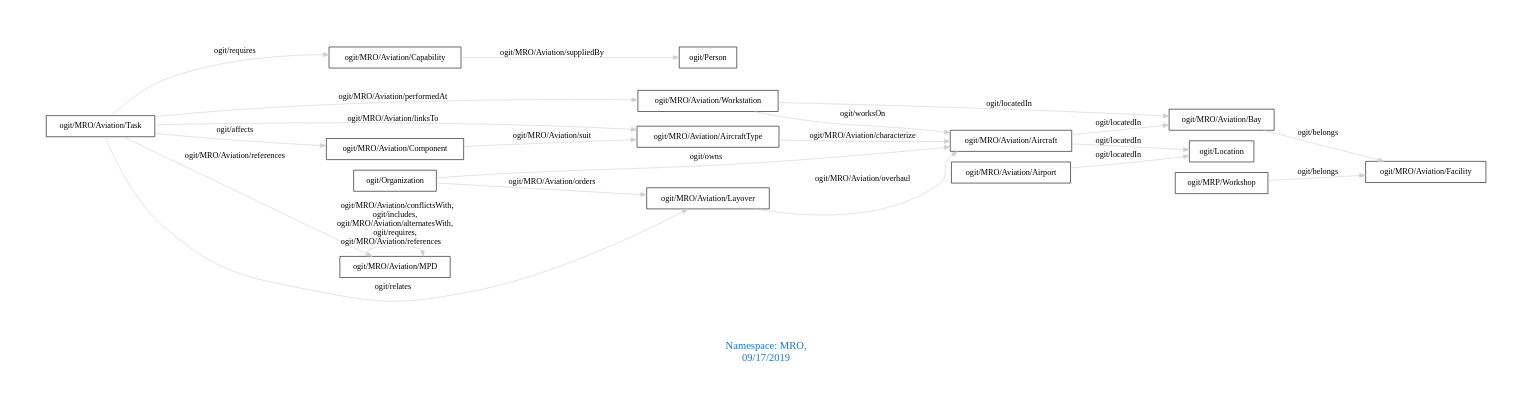
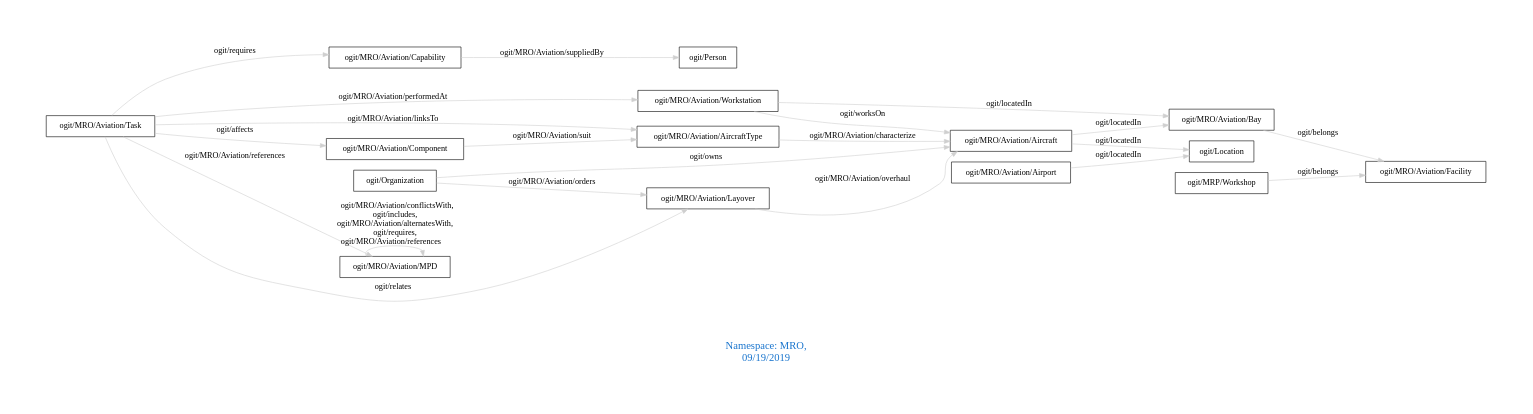
One commit to arago/OGIT changed the diagram in downloads/MRO.dot. Above: the diagram before and after it, drawn with Graphviz. The commit also changed 1527 other files, not shown here.

```diff
--- a/downloads/MRO.dot
+++ b/downloads/MRO.dot
@@ -1,28 +1,28 @@
 digraph OGIT_ontology {
  graph [ rankdir= LR,pad=1 
 fontsize = 18,
-fontcolor= dodgerblue3,label = "\n\n\nNamespace: MRO, \n 09/17/2019"];
+fontcolor= dodgerblue3,label = "\n\n\nNamespace: MRO, \n 09/19/2019"];
 node[shape=polygon];
 edge [  color="gray81"];
 
    "ogit/MRO/Aviation/Capability" -> "ogit/Person" [label="   ogit/MRO/Aviation/suppliedBy    "];
    "ogit/MRO/Aviation/Workstation" -> "ogit/MRO/Aviation/Aircraft" [label="   ogit/worksOn    "];
    "ogit/MRO/Aviation/Task" -> "ogit/MRO/Aviation/AircraftType" [label="   ogit/MRO/Aviation/linksTo    "];
    "ogit/MRO/Aviation/Layover" -> "ogit/MRO/Aviation/Aircraft" [label="   ogit/MRO/Aviation/overhaul    "];
    "ogit/MRO/Aviation/Aircraft" -> "ogit/Location" [label="   ogit/locatedIn    "];
    "ogit/MRO/Aviation/Aircraft" -> "ogit/MRO/Aviation/Bay" [label="   ogit/locatedIn    "];
    "ogit/MRO/Aviation/Airport" -> "ogit/Location" [label="   ogit/locatedIn    "];
    "ogit/MRO/Aviation/Workstation" -> "ogit/MRO/Aviation/Bay" [label="   ogit/locatedIn    "];
    "ogit/MRO/Aviation/Task" -> "ogit/MRO/Aviation/Component" [label="   ogit/affects    "];
    "ogit/MRO/Aviation/AircraftType" -> "ogit/MRO/Aviation/Aircraft" [label="   ogit/MRO/Aviation/characterize    "];
    "ogit/MRO/Aviation/Task" -> "ogit/MRO/Aviation/Capability" [label="   ogit/requires    "];
    "ogit/Organization" -> "ogit/MRO/Aviation/Aircraft" [label="   ogit/owns    "];
    "ogit/MRO/Aviation/Task" -> "ogit/MRO/Aviation/Workstation" [label="   ogit/MRO/Aviation/performedAt    "];
    "ogit/MRO/Aviation/Bay" -> "ogit/MRO/Aviation/Facility" [label="   ogit/belongs    "];
    "ogit/MRP/Workshop" -> "ogit/MRO/Aviation/Facility" [label="   ogit/belongs    "];
    "ogit/MRO/Aviation/Task" -> "ogit/MRO/Aviation/MPD" [label="   ogit/MRO/Aviation/references    "];
    "ogit/MRO/Aviation/Component" -> "ogit/MRO/Aviation/AircraftType" [label="   ogit/MRO/Aviation/suit    "];
    "ogit/MRO/Aviation/Task" -> "ogit/MRO/Aviation/Layover" [label="   ogit/relates    "];
    "ogit/Organization" -> "ogit/MRO/Aviation/Layover" [label="   ogit/MRO/Aviation/orders    "];
    "ogit/MRO/Aviation/MPD" -> "ogit/MRO/Aviation/MPD" [label="   ogit/MRO/Aviation/conflictsWith, \n ogit/includes, \n ogit/MRO/Aviation/alternatesWith, \n ogit/requires, \n ogit/MRO/Aviation/references    "];
 }
```
